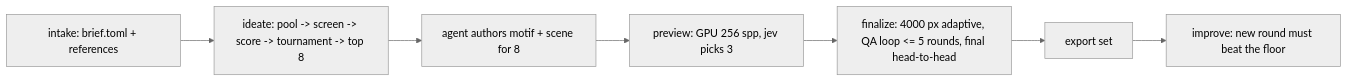
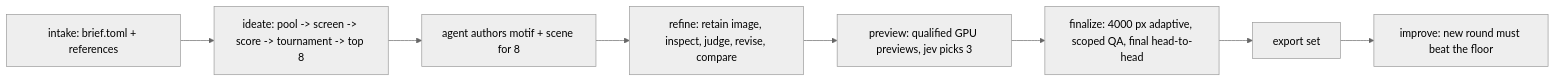
The diagram in docs/architecture.md (nicolas-found42/logo-maker), drawn with Mermaid (neutral theme) before and after one commit. The commit also changed other lines of this file and 60 other files, not shown here.

````diff
--- a/docs/architecture.md
+++ b/docs/architecture.md
@@ -16,9 +16,10 @@
 ```mermaid
 flowchart LR
   intake[intake: brief.toml + references] --> ideate[ideate: pool -> screen -> score -> tournament -> top 8]
   ideate --> author[agent authors motif + scene for 8]
-  author --> preview[preview: GPU 256 spp, jev picks 3]
-  preview --> finalize[finalize: 4000 px adaptive, QA loop <= 5 rounds, final head-to-head]
+  author --> refine[refine: retain image, inspect, judge, revise, compare]
+  refine --> preview[preview: qualified GPU previews, jev picks 3]
+  preview --> finalize[finalize: 4000 px adaptive, scoped QA, final head-to-head]
   finalize --> export[export set]
   export --> improve[improve: new round must beat the floor]
 ```
````
